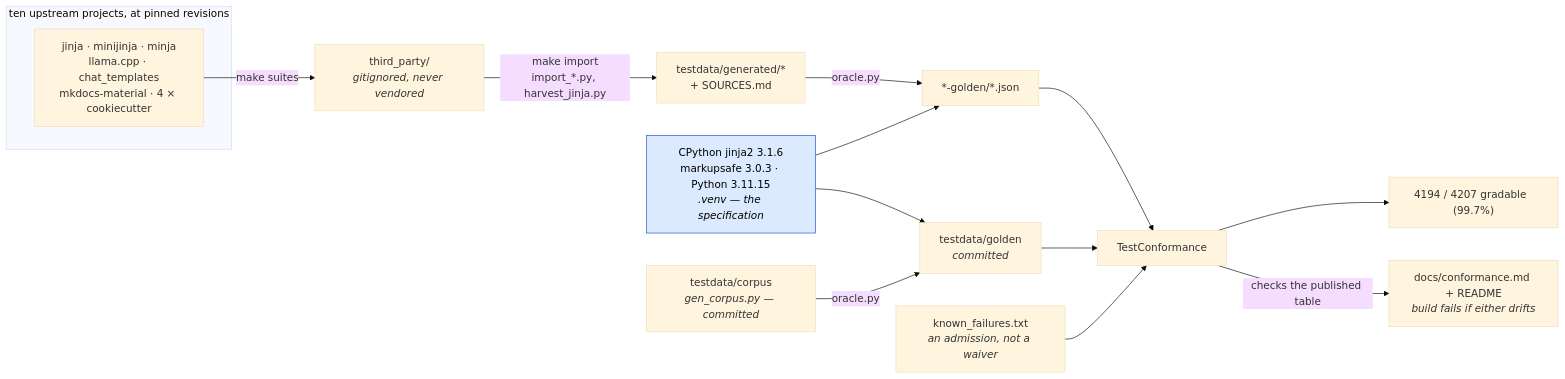
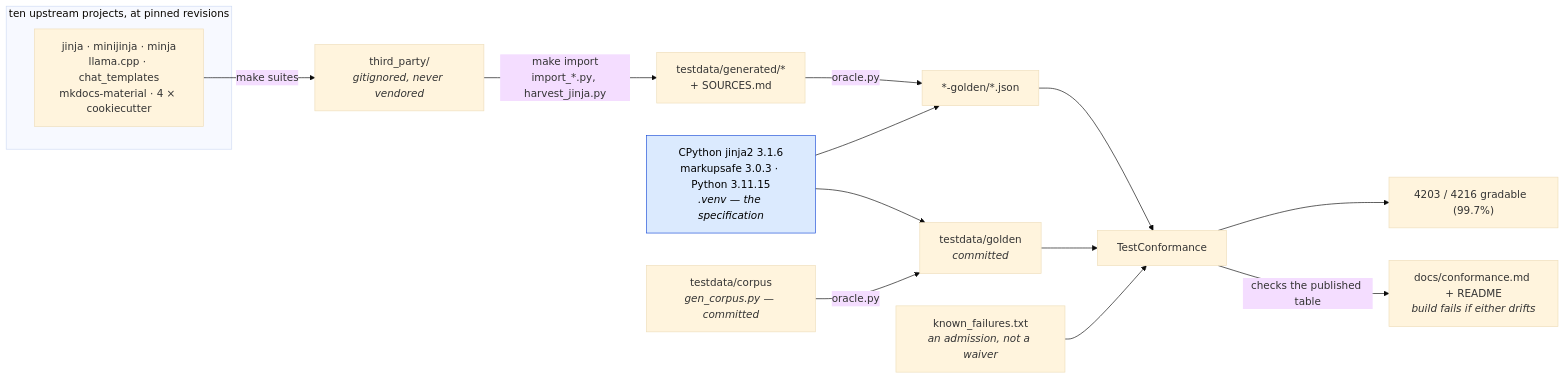
The first of 2 diagrams in docs/conformance.md (mgilbir/gojja2), drawn with Mermaid (base theme) before and after one commit. The commit also changed other lines of this file and 24 other files, not shown here.

````diff
--- a/docs/conformance.md
+++ b/docs/conformance.md
@@ -17,24 +17,24 @@
 ```mermaid
 flowchart LR
     subgraph up["ten upstream projects, at pinned revisions"]
         U1["jinja · minijinja · minja<br/>llama.cpp · chat_templates<br/>mkdocs-material · 4 × cookiecutter"]
     end
     U1 -->|"make suites"| TP["third_party/<br/><i>gitignored, never vendored</i>"]
     TP -->|"make import<br/>import_*.py, harvest_jinja.py"| GEN["testdata/generated/*<br/>+ SOURCES.md"]
 
     ORA["CPython jinja2 3.1.6<br/>markupsafe 3.0.3 · Python 3.11.15<br/><i>.venv — the specification</i>"]
     GEN -->|"oracle.py"| G2["*-golden/*.json"]
     ORA --> G2
 
     OWN["testdata/corpus<br/><i>gen_corpus.py — committed</i>"] -->|"oracle.py"| G1["testdata/golden<br/><i>committed</i>"]
     ORA --> G1
 
     G1 --> TC["TestConformance"]
     G2 --> TC
     KF["known_failures.txt<br/><i>an admission, not a waiver</i>"] --> TC
-    TC --> RATE["4194 / 4207 gradable  (99.7%)"]
+    TC --> RATE["4203 / 4216 gradable  (99.7%)"]
     TC -->|"checks the published table"| RM["docs/conformance.md + README<br/><i>build fails if either drifts</i>"]
 
     classDef spec fill:#dbeafe,stroke:#1d4ed8,color:#000
     class ORA spec
 ```
````
